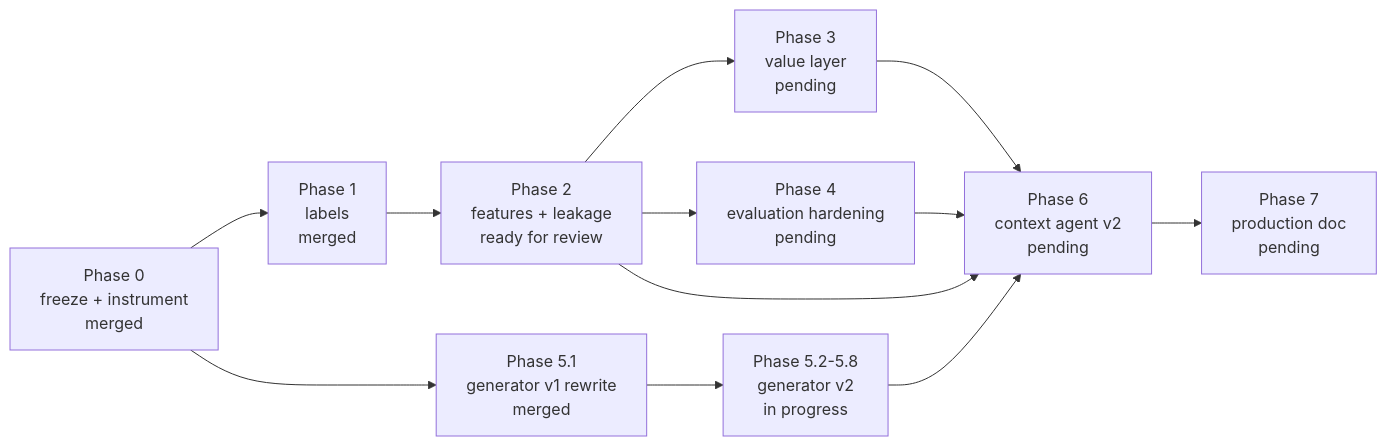
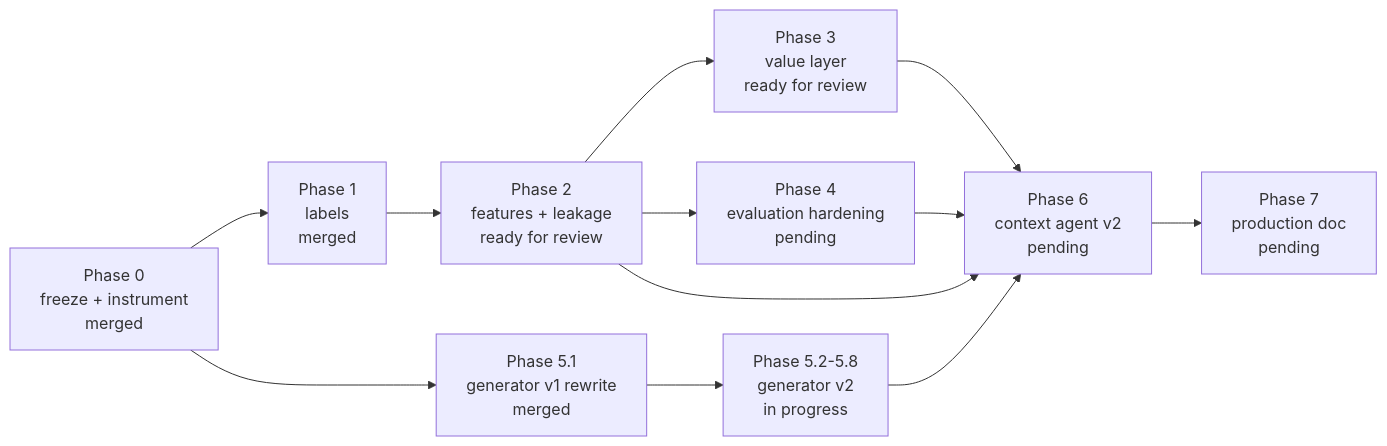
One commit to dsj-emva/learning-modal changed the third of 3 diagrams in docs/ARCHITECTURE.md. Above: the diagram before and after it, drawn with Mermaid. The commit also changed other lines of this file and 6 other files, not shown here.

````diff
--- a/docs/ARCHITECTURE.md
+++ b/docs/ARCHITECTURE.md
@@ -153,14 +156,14 @@
 ```mermaid
 flowchart LR
     P0["Phase 0<br/>freeze + instrument<br/>merged"] --> P1["Phase 1<br/>labels<br/>merged"]
     P1 --> P2["Phase 2<br/>features + leakage<br/>ready for review"]
-    P2 --> P3["Phase 3<br/>value layer<br/>pending"]
+    P2 --> P3["Phase 3<br/>value layer<br/>ready for review"]
     P2 --> P4["Phase 4<br/>evaluation hardening<br/>pending"]
     P0 --> P51["Phase 5.1<br/>generator v1 rewrite<br/>merged"]
     P51 --> P5["Phase 5.2-5.8<br/>generator v2<br/>in progress"]
     P3 --> P6["Phase 6<br/>context agent v2<br/>pending"]
     P4 --> P6
     P5 --> P6
     P2 --> P6
     P6 --> P7["Phase 7<br/>production doc<br/>pending"]
 ```
````
